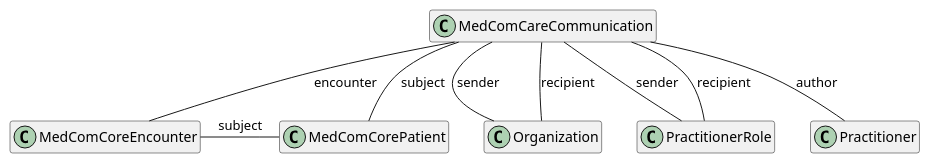
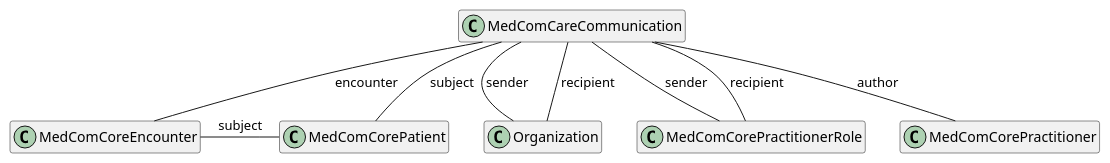
Before and after one commit to medcomdk/dk-medcom-carecommunication: the diagram in puml/CareCommunicationCommunication.puml, drawn with PlantUML. The commit also changed 30 other files, not shown here.

```diff
--- a/puml/CareCommunicationCommunication.puml
+++ b/puml/CareCommunicationCommunication.puml
@@ -1,21 +1,21 @@
 @startuml CareCommunicationCommunication
 
 hide empty members
 
 class "MedComCareCommunication" as communication
 class "MedComCorePatient" as patient
 class "MedComCoreEncounter" as encounter
 class "Organization" as recipientOrganization
-class "PractitionerRole" as recipientRole
-class "Practitioner" as author
+class "MedComCorePractitionerRole" as recipientRole
+class "MedComCorePractitioner" as author
 
 communication -- encounter : "encounter"
 communication -- patient : "subject"
 communication -- recipientOrganization : "sender"
 communication -- recipientRole : "sender"
 communication -- recipientOrganization : "recipient"
 communication -- recipientRole : "recipient"
 communication -- author : "author"
 
 encounter -patient :"subject"
 @enduml
```
